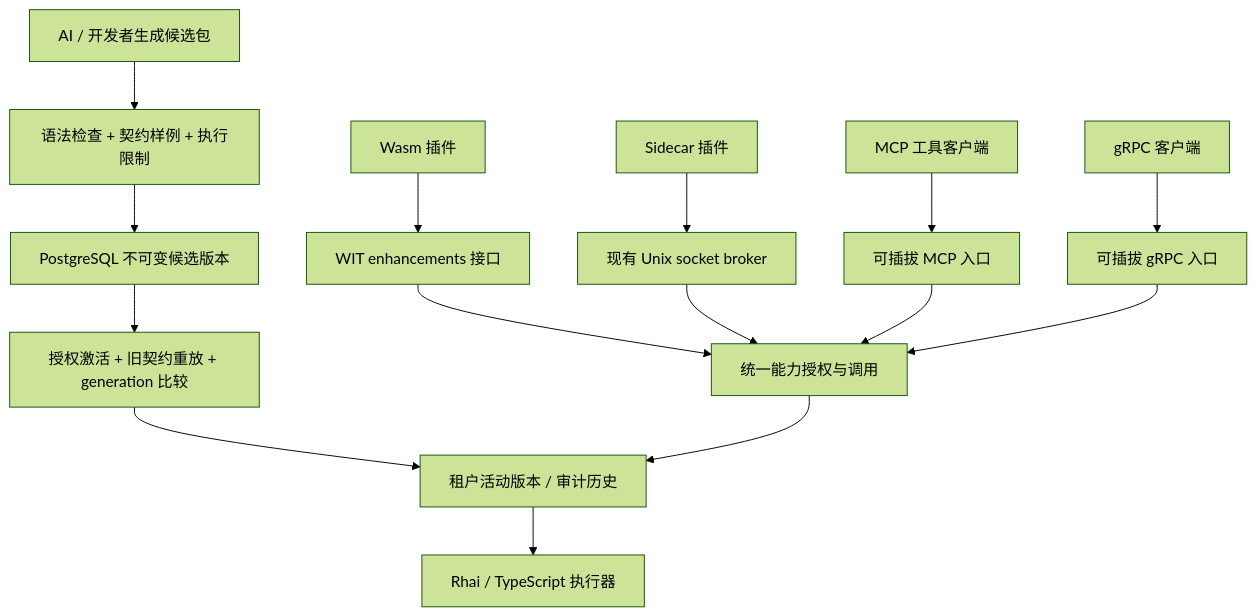
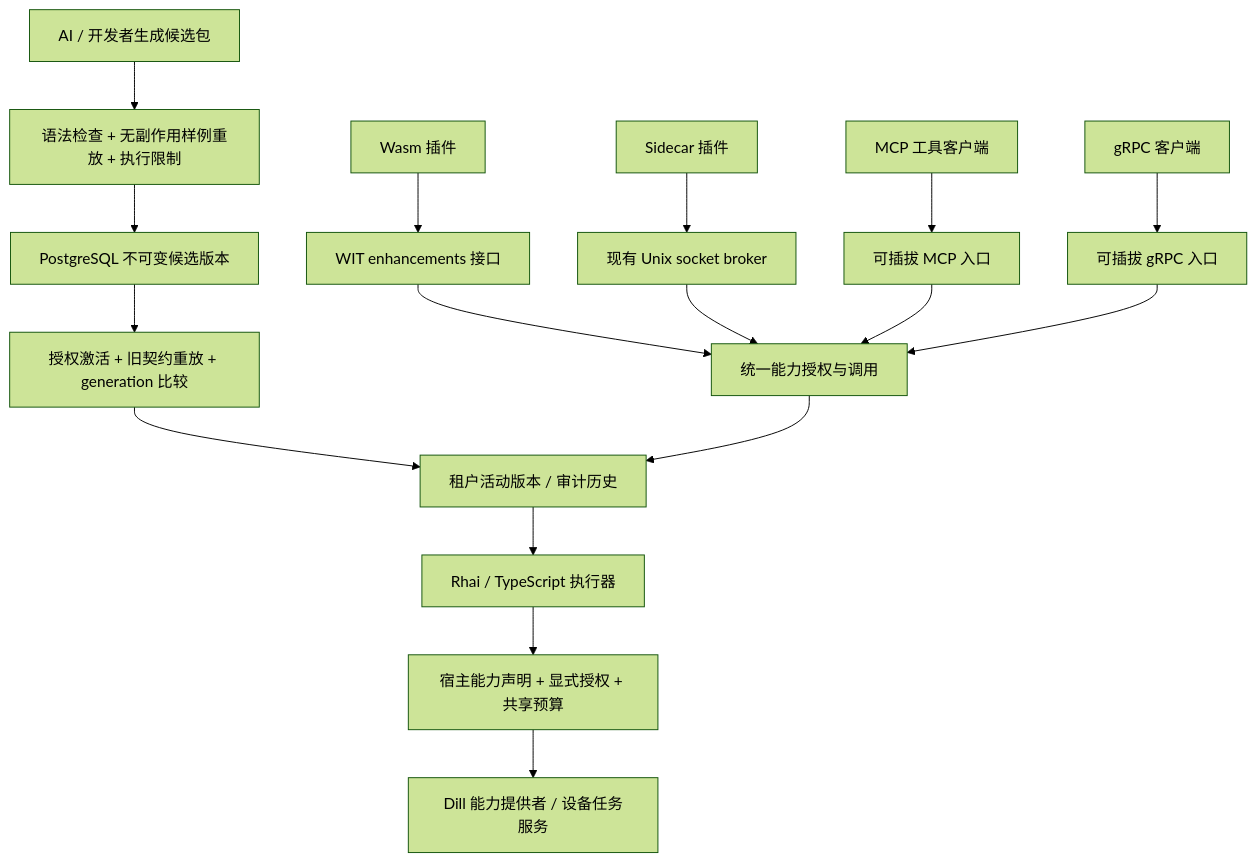
The diagram in docs/plugin/microkernel-evolution.md (org-aio/aio-platform), drawn with Mermaid (forest theme) before and after one commit. The commit also changed other lines of this file, not shown here.

````diff
--- a/docs/plugin/microkernel-evolution.md
+++ b/docs/plugin/microkernel-evolution.md
@@ -17,17 +17,19 @@
 ```mermaid
 flowchart TD
-    AI[AI / 开发者生成候选包] --> V[语法检查 + 契约样例 + 执行限制]
+    AI[AI / 开发者生成候选包] --> V[语法检查 + 无副作用样例重放 + 执行限制]
     V --> R[PostgreSQL 不可变候选版本]
     R --> A[授权激活 + 旧契约重放 + generation 比较]
     A --> H[租户活动版本 / 审计历史]
     W[Wasm 插件] --> WIT[WIT enhancements 接口]
     P[Sidecar 插件] --> B[现有 Unix socket broker]
     WIT --> I[统一能力授权与调用]
     B --> I
     M[MCP 工具客户端] --> MP[可插拔 MCP 入口]
     G[gRPC 客户端] --> GP[可插拔 gRPC 入口]
     MP --> I
     GP --> I
     I --> H
     H --> E[Rhai / TypeScript 执行器]
+    E --> C[宿主能力声明 + 显式授权 + 共享预算]
+    C --> S[Dill 能力提供者 / 设备任务服务]
 ```
````
